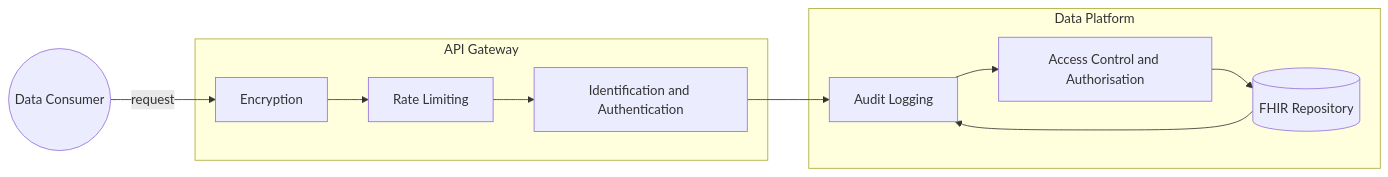
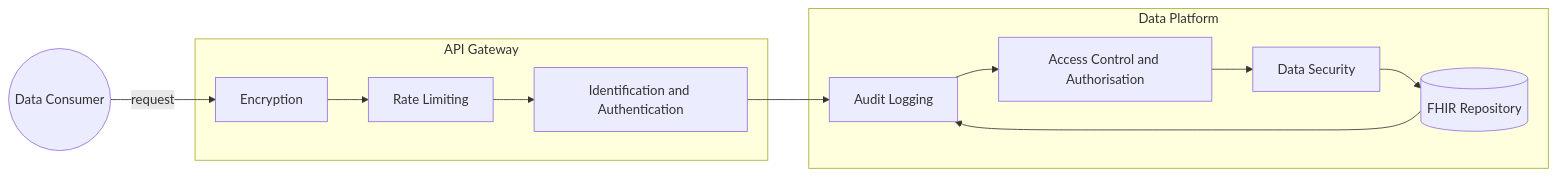
The first of 3 diagrams in input/pagecontent/api-security.md (uk-gov-mirror/nw-gmsa.nw-gmsa.github.com), drawn with Mermaid before and after one commit.

Commit message:
Added data to api security

````diff
--- a/input/pagecontent/api-security.md
+++ b/input/pagecontent/api-security.md
@@ -7,28 +7,28 @@
 ```mermaid
 graph LR
 
 consumer((Data Consumer))
 
 subgraph APIGateway[API Gateway]
     enc[Encryption]
     rate[Rate Limiting]
     id[Identification and Authentication] 
 end
 
 subgraph DataPlatform[Data Platform]
     auth[Access Control and Authorisation]
     audit1[Audit Logging]
+    data[Data Security]
     api[(FHIR Repository)]
 end
 
 consumer --> |request| enc
 enc --> rate
 rate --> id
 
 id --> audit1
 audit1 --> auth
-auth -->  api
+auth -->  data 
+data --> api
 api --> audit1
-
-
 ```
````
